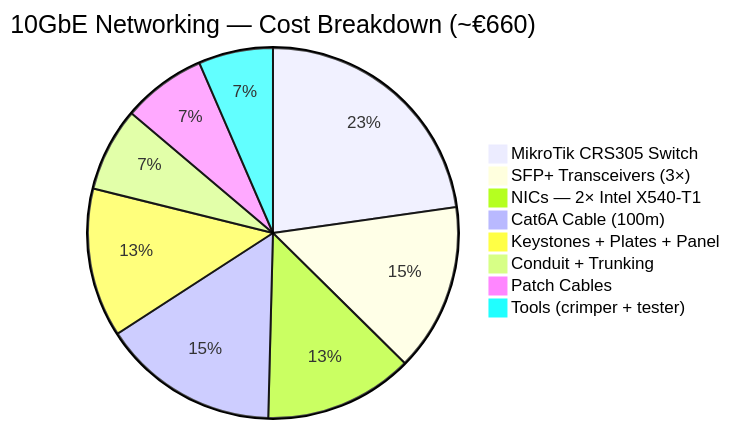
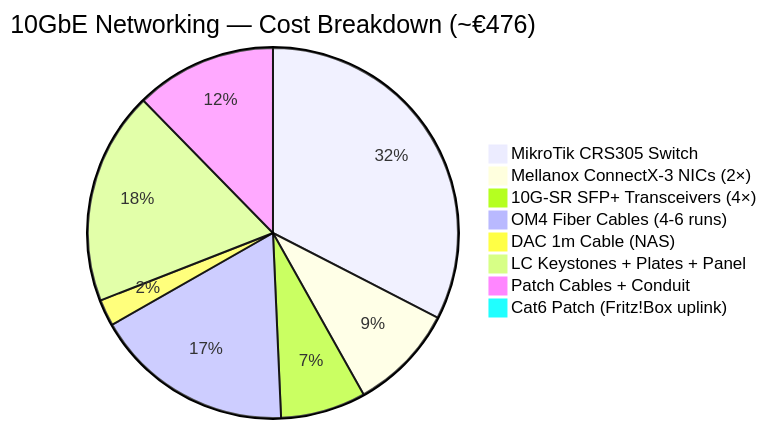
The fifth of 13 diagrams in notes/charts/project-costs.md (MMastro-Dev/wiki), drawn with Mermaid before and after one commit. The commit also changed other lines of this file and 5 other files, not shown here.

````diff
--- a/notes/charts/project-costs.md
+++ b/notes/charts/project-costs.md
@@ -79,11 +80,11 @@
 ```mermaid
-pie title 10GbE Networking — Cost Breakdown (~€660)
+pie title 10GbE Networking — Cost Breakdown (~€476)
     "MikroTik CRS305 Switch" : 140
-    "SFP+ Transceivers (3×)" : 90
-    "NICs — 2× Intel X540-T1" : 80
-    "Cat6A Cable (100m)" : 95
-    "Keystones + Plates + Panel" : 80
-    "Conduit + Trunking" : 45
-    "Patch Cables" : 45
-    "Tools (crimper + tester)" : 40
+    "Mellanox ConnectX-3 NICs (2×)" : 40
+    "10G-SR SFP+ Transceivers (4×)" : 32
+    "OM4 Fiber Cables (4-6 runs)" : 75
+    "DAC 1m Cable (NAS)" : 10
+    "LC Keystones + Plates + Panel" : 80
+    "Patch Cables + Conduit" : 53
+    "Cat6 Patch (Fritz!Box uplink)" : 3
 ```
````
